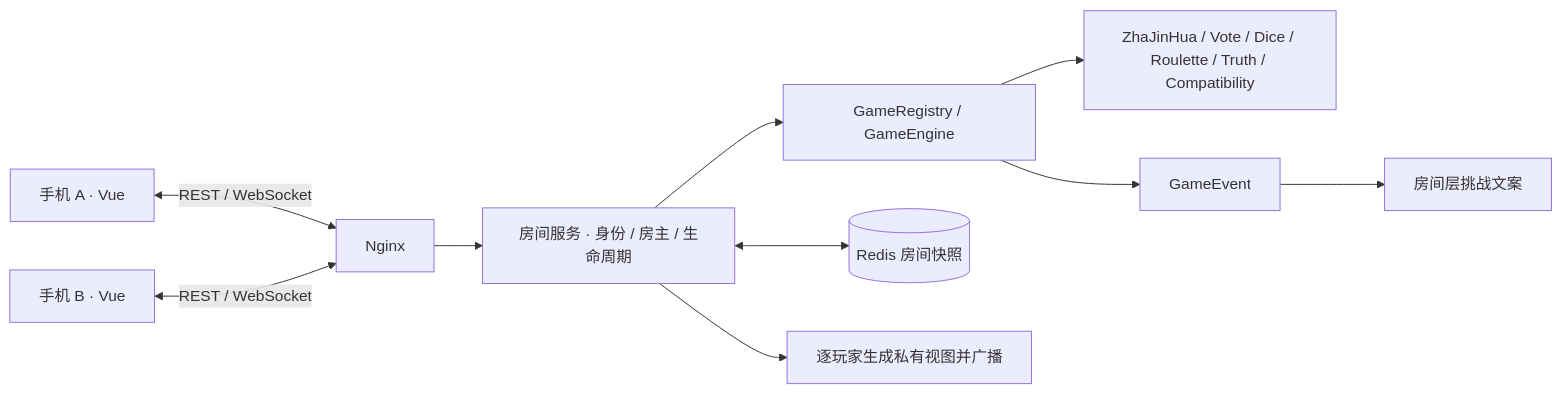
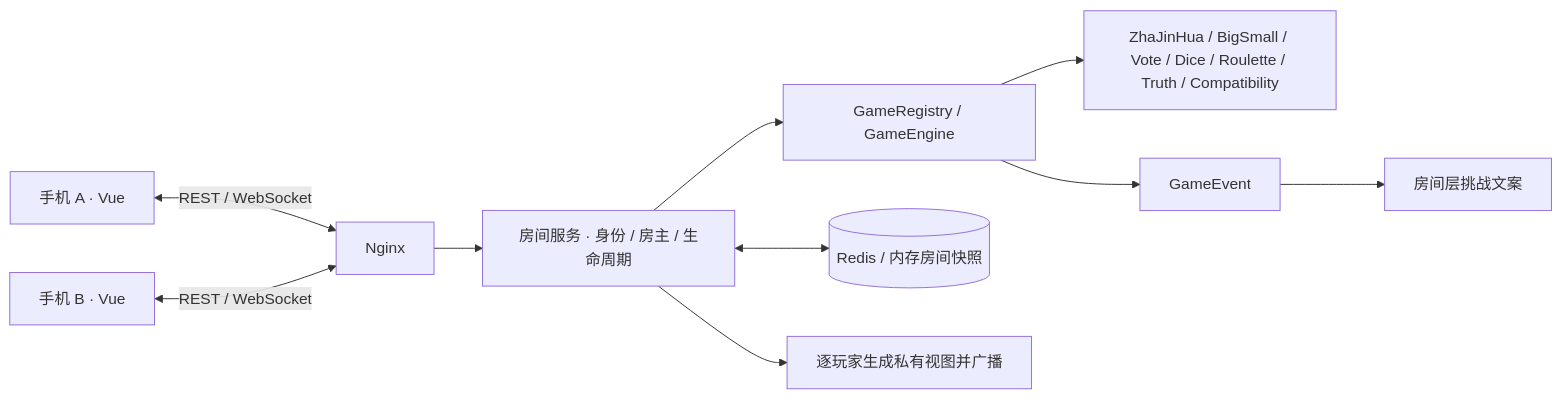
One commit to CoderXiaohui/jiuwan changed the diagram in docs/development.md. Above: the diagram before and after it, drawn with Mermaid. The commit also changed other lines of this file and 38 other files, not shown here.

First line of the commit message:
feat: add big-small game and configurable room storage

````diff
--- a/docs/development.md
+++ b/docs/development.md
@@ -51,12 +82,12 @@
 ```mermaid
 flowchart LR
     A[手机 A · Vue] <-->|REST / WebSocket| N[Nginx]
     B[手机 B · Vue] <-->|REST / WebSocket| N
     N --> R[房间服务 · 身份 / 房主 / 生命周期]
     R --> G[GameRegistry / GameEngine]
-    G --> V[ZhaJinHua / Vote / Dice / Roulette / Truth / Compatibility]
-    R <--> D[(Redis 房间快照)]
+    G --> V[ZhaJinHua / BigSmall / Vote / Dice / Roulette / Truth / Compatibility]
+    R <--> D[(Redis / 内存房间快照)]
     G --> E[GameEvent]
     E --> P[房间层挑战文案]
     R --> W[逐玩家生成私有视图并广播]
 ```
````
